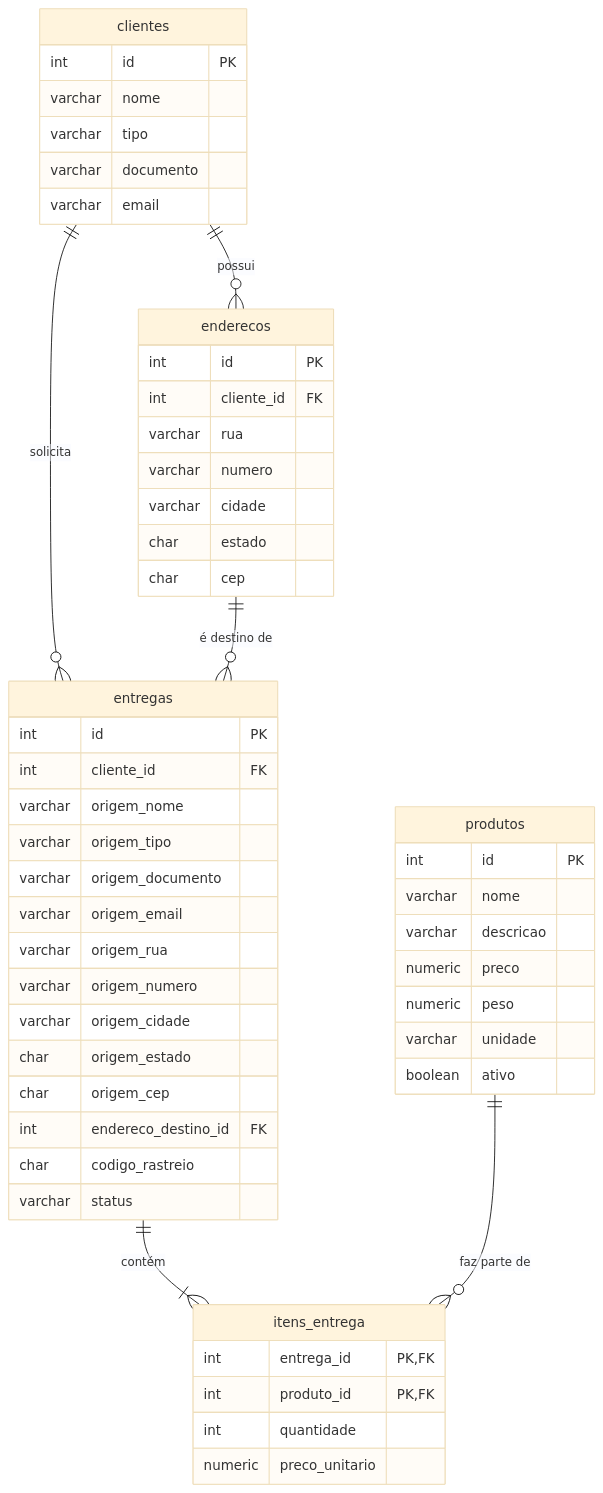
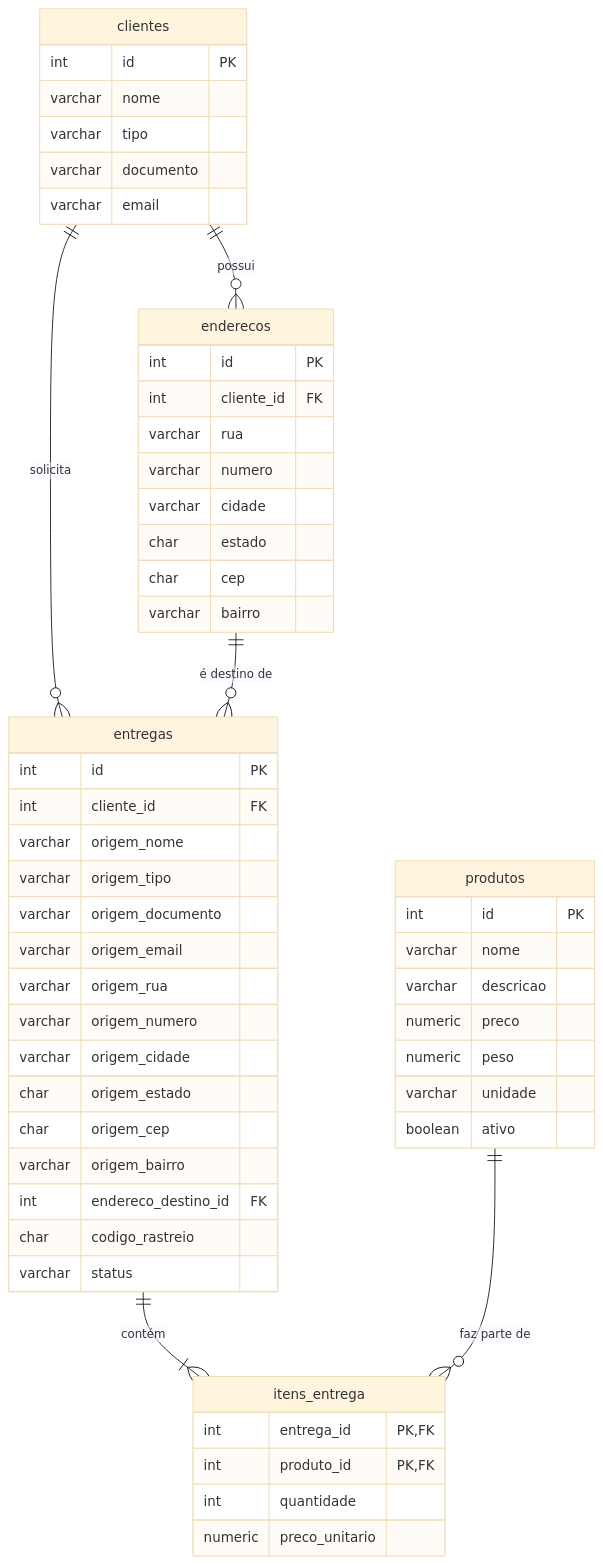
The diagram in README.md (DneyDev/desafioJava_GW), drawn with Mermaid (base theme) before and after one commit.

Commit message:
update: campo bairro

````diff
--- a/README.md
+++ b/README.md
@@ -92,56 +92,58 @@
 ```mermaid
 erDiagram
     clientes {
         int id PK
         varchar nome
         varchar tipo
         varchar documento
         varchar email
     }
     enderecos {
         int id PK
         int cliente_id FK
         varchar rua
         varchar numero
         varchar cidade
         char estado
         char cep
+        varchar bairro
     }
     produtos {
         int id PK
         varchar nome
         varchar descricao
         numeric preco
         numeric peso
         varchar unidade
         boolean ativo
     }
     entregas {
         int id PK
         int cliente_id FK
         varchar origem_nome
         varchar origem_tipo
         varchar origem_documento
         varchar origem_email
         varchar origem_rua
         varchar origem_numero
         varchar origem_cidade
         char origem_estado
         char origem_cep
+        varchar origem_bairro
         int endereco_destino_id FK
         char codigo_rastreio
         varchar status
     }
     itens_entrega {
         int entrega_id PK, FK
         int produto_id PK, FK
         int quantidade
         numeric preco_unitario
     }
 
     clientes ||--o{ enderecos : "possui"
     clientes ||--o{ entregas : "solicita"
     enderecos ||--o{ entregas : "é destino de"
     entregas ||--|{ itens_entrega : "contém"
     produtos ||--o{ itens_entrega : "faz parte de"
 ```
````
